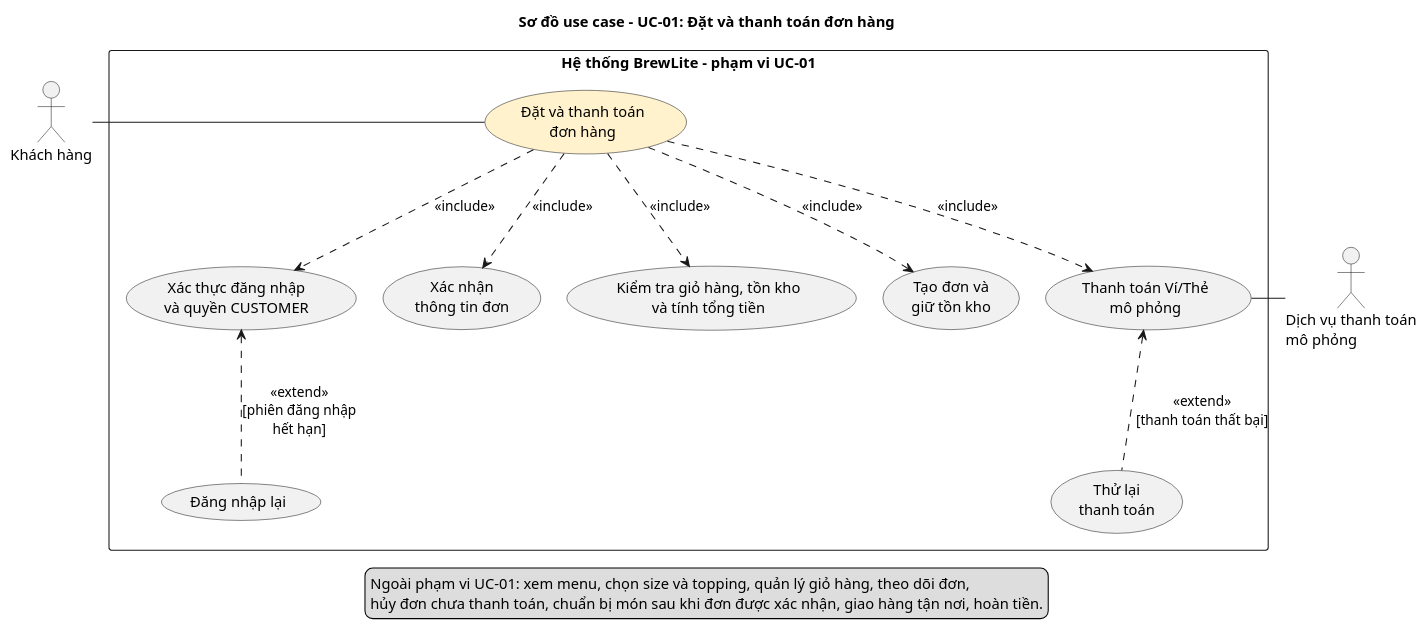
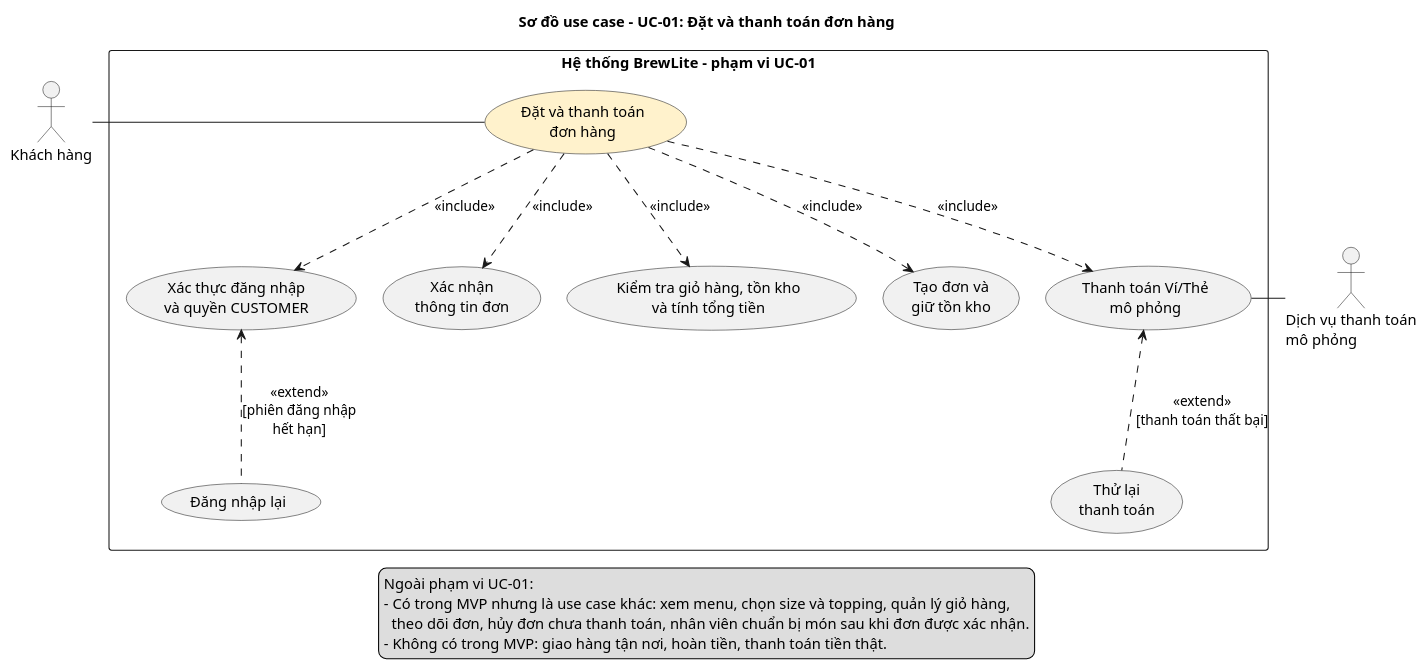
Before and after one commit to nguyenmintam23-z/CNPM: the diagram in docs/diagrams/usecase-checkout.puml, drawn with PlantUML. The commit also changed 3 other files, not shown here.

First line of the commit message:
docs(task1.3): tách rõ phần ngoài MVP và phần thuộc use case khác

```diff
--- a/docs/diagrams/usecase-checkout.puml
+++ b/docs/diagrams/usecase-checkout.puml
@@ -1,48 +1,50 @@
 @startuml
 top to bottom direction
 skinparam shadowing false
 skinparam packageStyle rectangle
 skinparam nodesep 25
 skinparam ranksep 60
 
 title Sơ đồ use case - UC-01: Đặt và thanh toán đơn hàng
 
 actor "Khách hàng" as Customer
 actor "Dịch vụ thanh toán\nmô phỏng" as PaymentSvc
 
 rectangle "Hệ thống BrewLite - phạm vi UC-01" {
   usecase "Đặt và thanh toán\nđơn hàng" as UC01 #FFF2CC
 
   usecase "Xác thực đăng nhập\nvà quyền CUSTOMER" as UC_Auth
   usecase "Xác nhận\nthông tin đơn" as UC_Confirm
   usecase "Kiểm tra giỏ hàng, tồn kho\nvà tính tổng tiền" as UC_Validate
   usecase "Tạo đơn và\ngiữ tồn kho" as UC_Create
   usecase "Thanh toán Ví/Thẻ\nmô phỏng" as UC_Pay
 
   usecase "Đăng nhập lại" as UC_Relogin
   usecase "Thử lại\nthanh toán" as UC_Retry
 }
 
 Customer -right- UC01
 UC_Pay -right- PaymentSvc
 
 UC01 .down.> UC_Auth : <<include>>
 UC01 .down.> UC_Confirm : <<include>>
 UC01 .down.> UC_Validate : <<include>>
 UC01 .down.> UC_Create : <<include>>
 UC01 .down.> UC_Pay : <<include>>
 
 UC_Auth <.down. UC_Relogin : <<extend>>\n[phiên đăng nhập\nhết hạn]
 UC_Pay <.down. UC_Retry : <<extend>>\n[thanh toán thất bại]
 
 UC_Auth -[hidden]right- UC_Confirm
 UC_Confirm -[hidden]right- UC_Validate
 UC_Validate -[hidden]right- UC_Create
 UC_Create -[hidden]right- UC_Pay
 
 legend bottom
-  Ngoài phạm vi UC-01: xem menu, chọn size và topping, quản lý giỏ hàng, theo dõi đơn,
-  hủy đơn chưa thanh toán, chuẩn bị món sau khi đơn được xác nhận, giao hàng tận nơi, hoàn tiền.
+  Ngoài phạm vi UC-01:
+  - Có trong MVP nhưng là use case khác: xem menu, chọn size và topping, quản lý giỏ hàng,
+    theo dõi đơn, hủy đơn chưa thanh toán, nhân viên chuẩn bị món sau khi đơn được xác nhận.
+  - Không có trong MVP: giao hàng tận nơi, hoàn tiền, thanh toán tiền thật.
 endlegend
 
 @enduml
```
